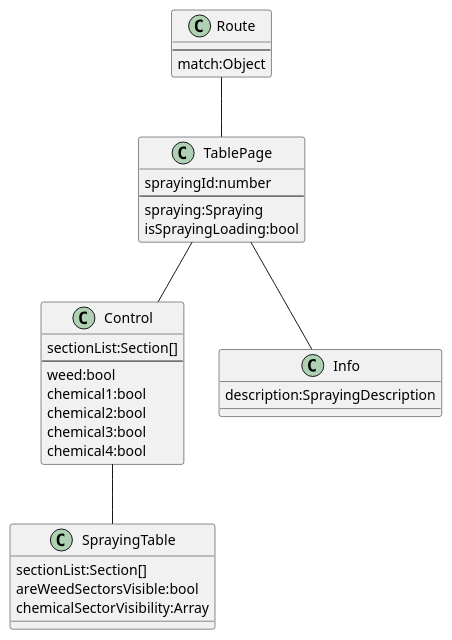
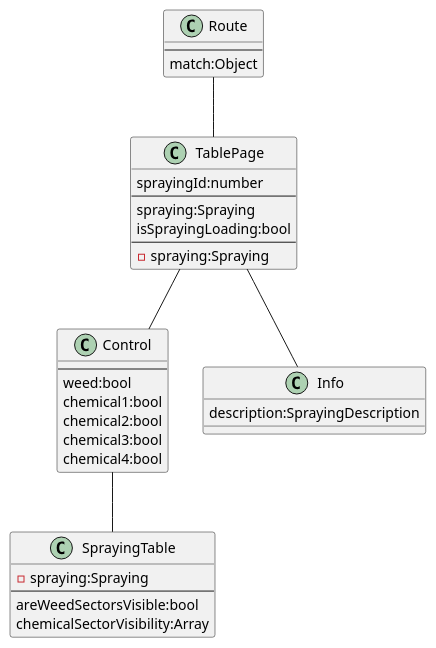
Before and after one commit to cbarsony/infested: the diagram in docs/tablePage.cmp.puml, drawn with PlantUML. The commit also changed 11 other files, not shown here.

```diff
--- a/docs/tablePage.cmp.puml
+++ b/docs/tablePage.cmp.puml
@@ -1,40 +1,42 @@
 @startuml
 
 class Route {
     --
     match:Object
 }
 
 class TablePage {
     sprayingId:number
     --
     spraying:Spraying
     isSprayingLoading:bool
+    --
+    -spraying:Spraying
 }
 
 class Control {
-    sectionList:Section[]
     --
     weed:bool
     chemical1:bool
     chemical2:bool
     chemical3:bool
     chemical4:bool
 }
 
 class Info {
     description:SprayingDescription
 }
 
 class SprayingTable {
-    sectionList:Section[]
+    -spraying:Spraying
+    --
     areWeedSectorsVisible:bool
     chemicalSectorVisibility:Array
 }
 
 Route -- TablePage
 TablePage -- Control
 TablePage -- Info
 Control -- SprayingTable
 
 @enduml
```
